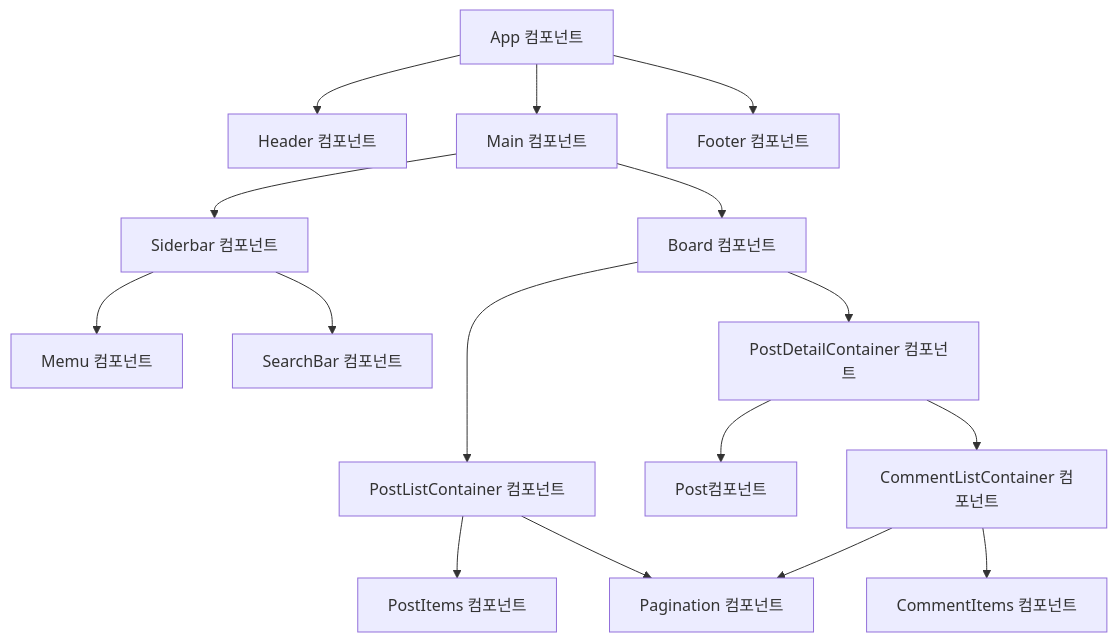
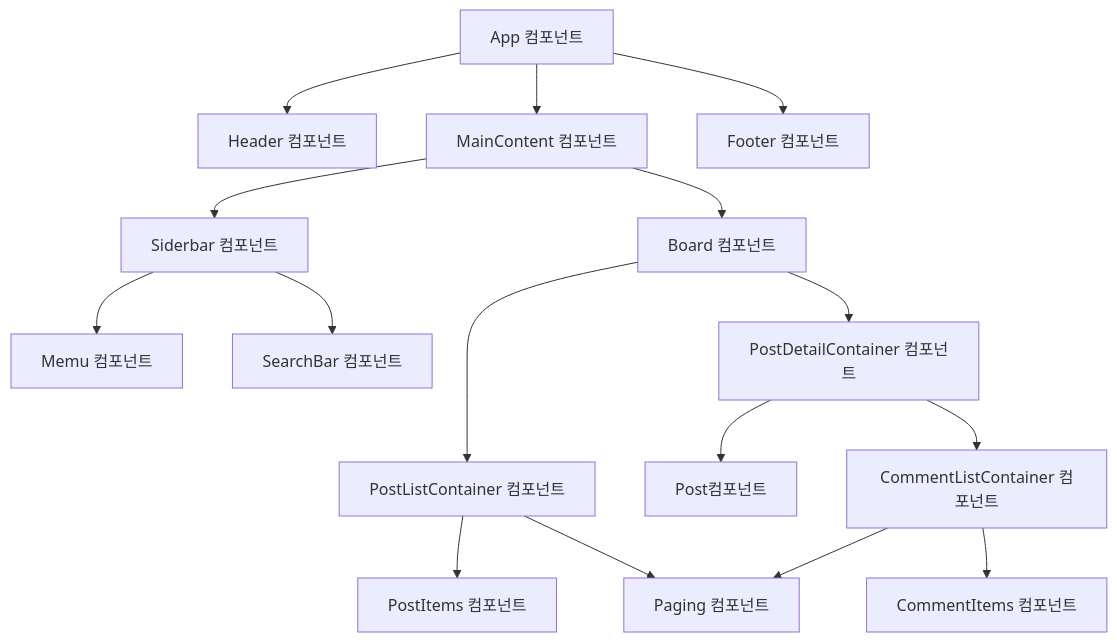
One commit to eungsu/react-study changed the diagram in 3.컴포넌트.md. Above: the diagram before and after it, drawn with Mermaid. The commit also changed other lines of this file, not shown here.

Commit message:
컴포넌트

````diff
--- a/3.컴포넌트.md
+++ b/3.컴포넌트.md
@@ -7,18 +32,18 @@
 ```mermaid
 graph TD
     App[App 컴포넌트] --> Header[Header 컴포넌트]
-    App --> MainContent[Main 컴포넌트]
+    App --> MainContent[MainContent 컴포넌트]
     App --> Footer[Footer 컴포넌트]
     MainContent --> Sidebar[Siderbar 컴포넌트]
     MainContent --> Board[Board 컴포넌트]
     Sidebar --> Menu[Memu 컴포넌트]
     Sidebar --> SearchBar[SearchBar 컴포넌트]
     Board --> PostListContainer[PostListContainer 컴포넌트]
     PostListContainer --> PostItems[PostItems 컴포넌트]
-    PostListContainer --> Pagination[Pagination 컴포넌트]
+    PostListContainer --> Paging[Paging 컴포넌트]
     Board --> PostDetailContainer[PostDetailContainer 컴포넌트]
     PostDetailContainer --> Post[Post컴포넌트]
     PostDetailContainer --> CommentListContainer[CommentListContainer 컴포넌트]
     CommentListContainer --> CommentItems[CommentItems 컴포넌트]
-    CommentListContainer --> Pagination[Pagination 컴포넌트]
+    CommentListContainer --> Paging[Paging 컴포넌트]
 ```
````
